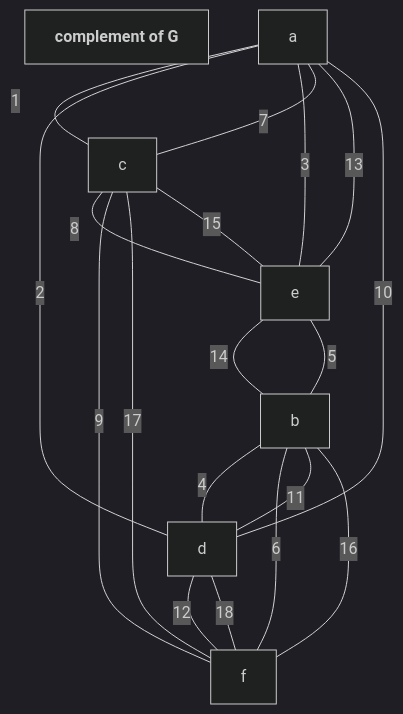
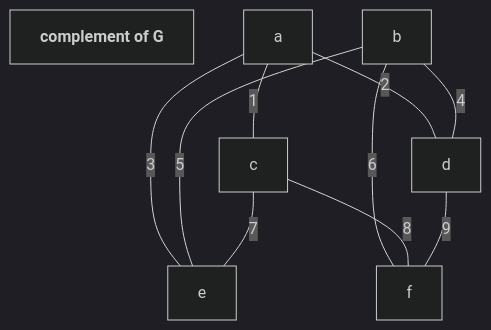
Before and after one commit to nkarl/wsu-cpts-453-graph-theory: the fourth of 5 diagrams in homeworks/week11/Assessment.Week11.md, drawn with Mermaid (dark theme). The commit also changed other lines of this file and 2 other files, not shown here.

````diff
--- a/homeworks/week11/Assessment.Week11.md
+++ b/homeworks/week11/Assessment.Week11.md
@@ -76,22 +76,13 @@
 ```mermaid
 graph TD
 	title[<b>complement of G</b>]
 	a ---|1| c
 	a ---|2| d
 	a ---|3| e
 	b ---|4| d
 	b ---|5| e
 	b ---|6| f
-	c ---|7| a
-	c ---|8| e
-	c ---|9| f
-	d ---|10| a
-	d ---|11| b
-	d ---|12| f
-	e ---|13| a
-	e ---|14| b
-	e ---|15| c
-	f ---|16| b
-	f ---|17| c
-	f ---|18| d
+	c ---|7| e
+	c ---|8| f
+	d ---|9| f
 ```
````
